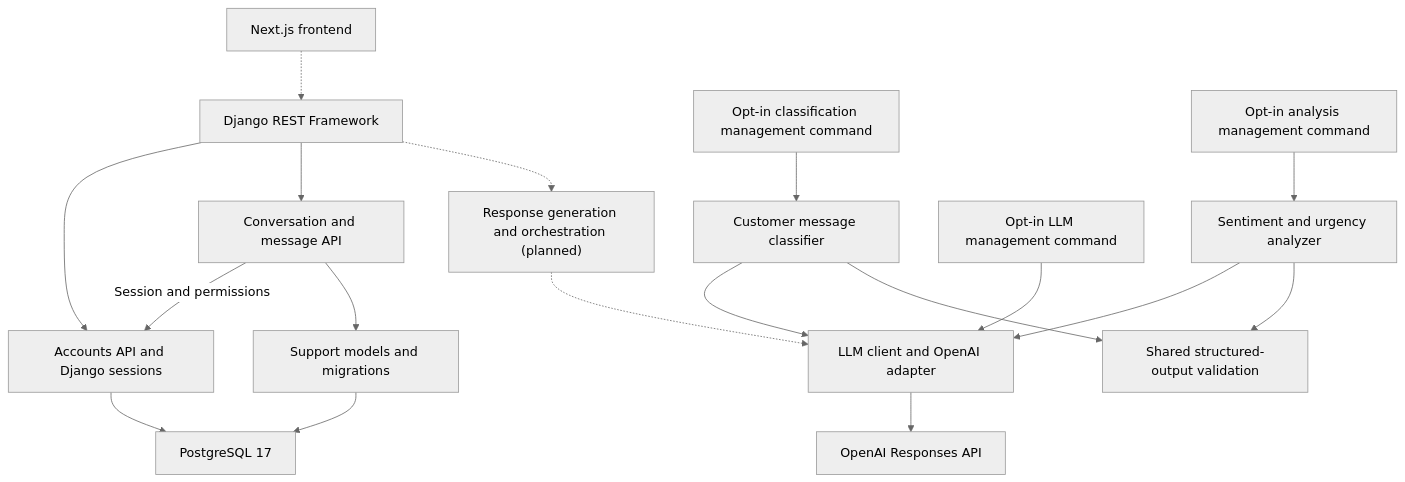
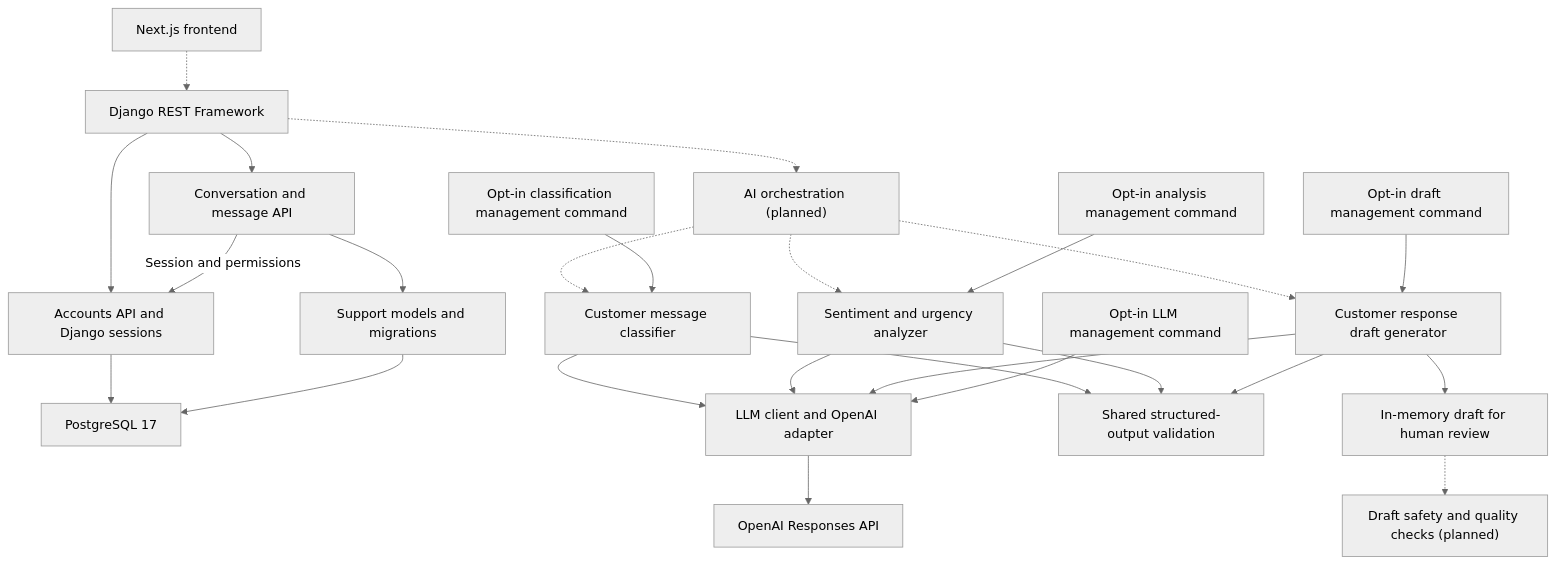
One commit to isazadesabuhi/ai-customer-support changed the diagram in docs/architecture/overview.md. Above: the diagram before and after it, drawn with Mermaid (neutral theme). The commit also changed other lines of this file and 24 other files, not shown here.

Commit message:
feat(ai): implement grounded customer support draft generation

````diff
--- a/docs/architecture/overview.md
+++ b/docs/architecture/overview.md
@@ -7,35 +7,46 @@
 ```mermaid
 flowchart TD
     Frontend["Next.js frontend"]
     Backend["Django REST Framework"]
     Accounts["Accounts API and Django sessions"]
     API["Conversation and message API"]
     Support["Support models and migrations"]
     Database["PostgreSQL 17"]
-    AI["Response generation and orchestration (planned)"]
+    Workflow["AI orchestration (planned)"]
+    Safety["Draft safety and quality checks (planned)"]
     Classifier["Customer message classifier"]
     Classify["Opt-in classification management command"]
     Analyzer["Sentiment and urgency analyzer"]
     Analyze["Opt-in analysis management command"]
+    Draft["Customer response draft generator"]
+    Generate["Opt-in draft management command"]
+    Review["In-memory draft for human review"]
     Validation["Shared structured-output validation"]
     LLM["LLM client and OpenAI adapter"]
     Check["Opt-in LLM management command"]
     Provider["OpenAI Responses API"]
     Frontend -.-> Backend
     Backend --> Accounts
     Backend --> API
     API -->|"Session and permissions"| Accounts
     Accounts --> Database
     API --> Support
     Support --> Database
-    Backend -.-> AI
-    AI -.-> LLM
+    Backend -.-> Workflow
+    Workflow -.-> Classifier
+    Workflow -.-> Analyzer
+    Workflow -.-> Draft
     Classify --> Classifier
     Classifier --> LLM
     Classifier --> Validation
     Analyze --> Analyzer
     Analyzer --> LLM
     Analyzer --> Validation
+    Generate --> Draft
+    Draft --> LLM
+    Draft --> Validation
+    Draft --> Review
+    Review -.-> Safety
     Check --> LLM
     LLM --> Provider
 ```
````
